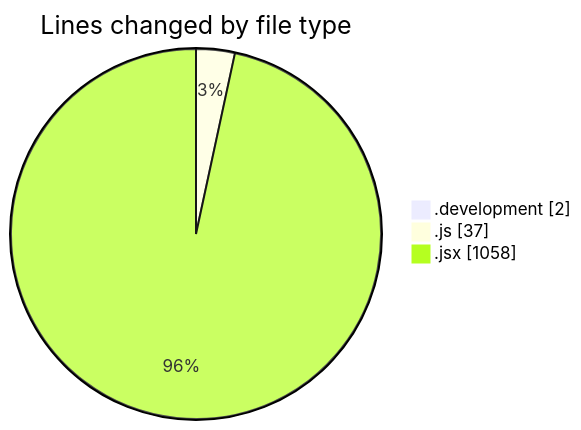
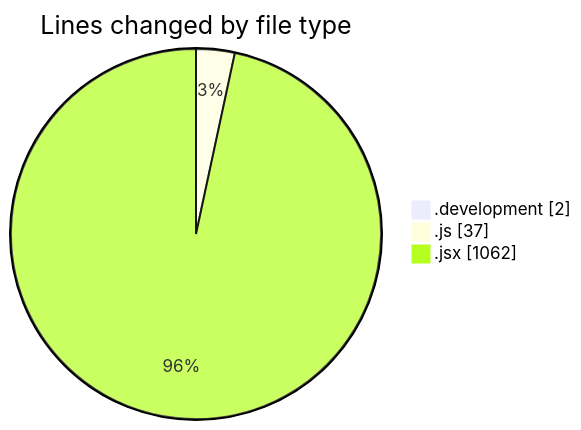
Before and after one commit to nxtqubesakshisongat/code-tracking: the first of 2 diagrams in 2025-11-10/nxtqube_webapp/README.md, drawn with Mermaid. The commit also changed other lines of this file and 1 other file, not shown here.

````diff
--- a/2025-11-10/nxtqube_webapp/README.md
+++ b/2025-11-10/nxtqube_webapp/README.md
@@ -23,7 +23,7 @@
 ```mermaid
 pie showData
 title Lines changed by file type
 ".development" : 2
 ".js" : 37
-".jsx" : 1058
+".jsx" : 1062
 ```
````
